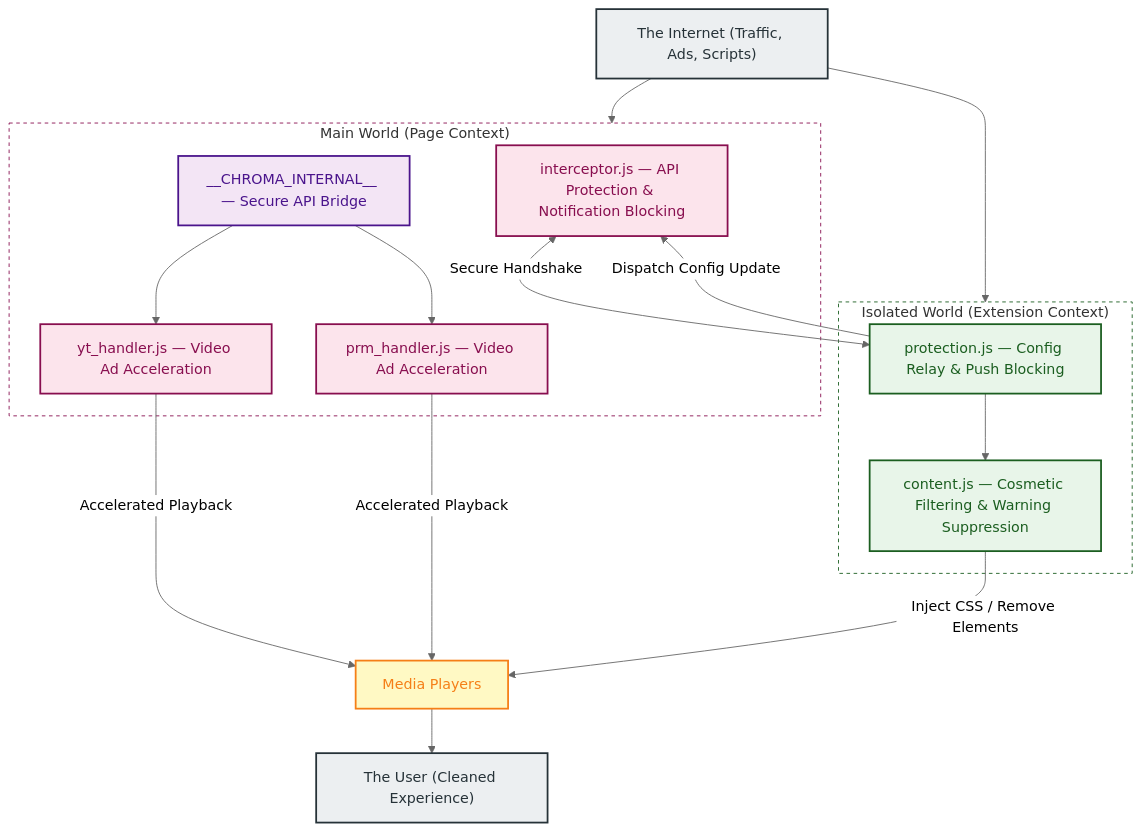
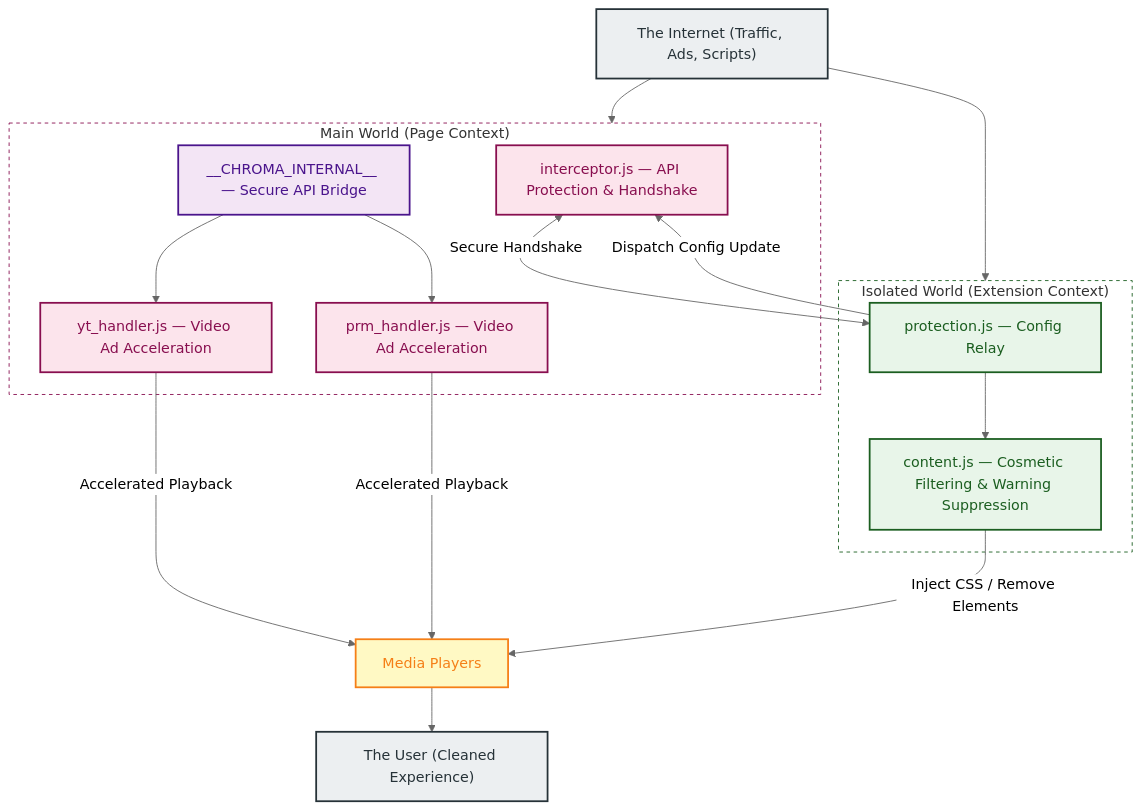
The first of 2 diagrams in README.md (Dabrogost/Chroma-Ad-Blocker), drawn with Mermaid (neutral theme) before and after one commit. The commit also changed other lines of this file and 13 other files, not shown here.

Commit message:
Remove notification blocking

````diff
--- a/README.md
+++ b/README.md
@@ -28,43 +26,43 @@
 ```mermaid
 graph TD
     classDef main     fill:#fce4ec,color:#880e4f,stroke:#880e4f,stroke-width:2px
     classDef secure   fill:#f3e5f5,color:#4a148c,stroke:#4a148c,stroke-width:2px
     classDef isolated fill:#e8f5e9,color:#1b5e20,stroke:#1b5e20,stroke-width:2px
     classDef dom      fill:#fff9c4,color:#f57f17,stroke:#f57f17,stroke-width:2px
     classDef actor    fill:#eceff1,color:#263238,stroke:#263238,stroke-width:2px
 
     INTERNET["The Internet (Traffic, Ads, Scripts)"]:::actor
 
     subgraph MW["Main World (Page Context)"]
-        INTERCEPT["interceptor.js — API Protection & Notification Blocking"]:::main
+        INTERCEPT["interceptor.js — API Protection & Handshake"]:::main
         BRIDGE["__CHROMA_INTERNAL__ — Secure API Bridge"]:::secure
         YT_H["yt_handler.js — Video Ad Acceleration"]:::main
         PRM_H["prm_handler.js — Video Ad Acceleration"]:::main
     end
 
     subgraph IW["Isolated World (Extension Context)"]
-        PROT["protection.js — Config Relay & Push Blocking"]:::isolated
+        PROT["protection.js — Config Relay"]:::isolated
         CONT["content.js — Cosmetic Filtering & Warning Suppression"]:::isolated
     end
 
     PLAYER["Media Players"]:::dom
     USER["The User (Cleaned Experience)"]:::actor
 
     INTERNET --> MW
     INTERNET --> IW
 
     INTERCEPT <-->|"Secure Handshake"| PROT
     PROT -->|"Dispatch Config Update"| INTERCEPT
     PROT --> CONT
 
     BRIDGE --> YT_H
     BRIDGE --> PRM_H
     YT_H -->|"Accelerated Playback"| PLAYER
     PRM_H -->|"Accelerated Playback"| PLAYER
     CONT -->|"Inject CSS / Remove Elements"| PLAYER
 
     PLAYER --> USER
 
     style MW fill:none,stroke:#880e4f,stroke-width:1px,stroke-dasharray:4
     style IW fill:none,stroke:#1b5e20,stroke-width:1px,stroke-dasharray:4
 ```
````
